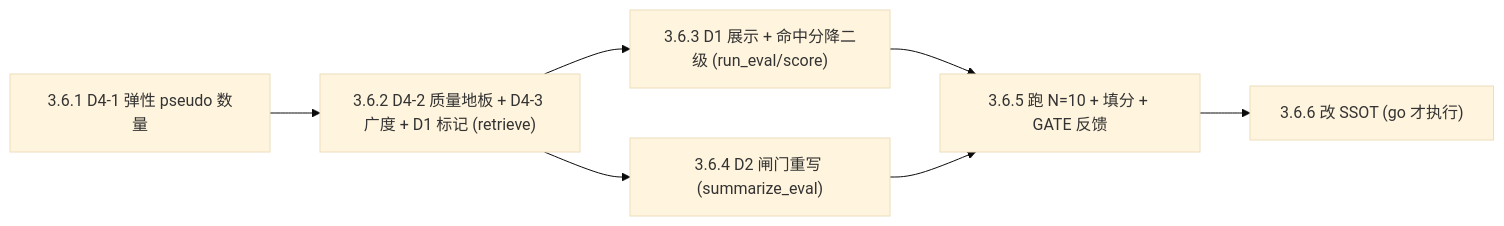
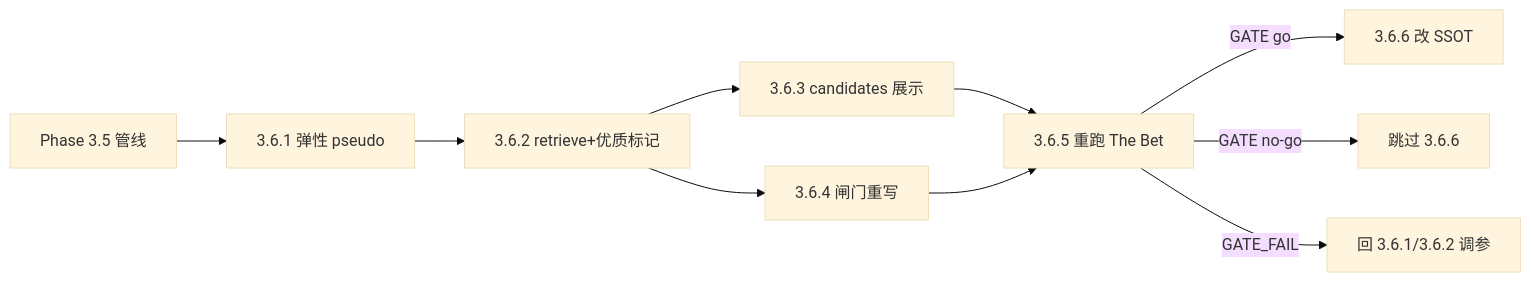
One commit to XYBuilds/themoviecosmos-daily-stargazing changed the diagram in .cursor/plans/Phase3.6-resonance-quality-gate.plan.md. Above: the diagram before and after it, drawn with Mermaid (base theme). The commit also changed other lines of this file, not shown here.

First line of the commit message:
docs(plans): update Phase 3.6 resonance quality gate plan with detailed todos and evaluation process

````diff
--- a/.cursor/plans/Phase3.6-resonance-quality-gate.plan.md
+++ b/.cursor/plans/Phase3.6-resonance-quality-gate.plan.md
@@ -45,15 +43,20 @@
 ```mermaid
 flowchart LR
-  T1["3.6.1 D4-1 弹性 pseudo 数量"]
-  T2["3.6.2 D4-2 质量地板 + D4-3 广度 + D1 标记 (retrieve)"]
-  T3["3.6.3 D1 展示 + 命中分降二级 (run_eval/score)"]
-  T4["3.6.4 D2 闸门重写 (summarize_eval)"]
-  T5["3.6.5 跑 N=10 + 填分 + GATE 反馈"]
-  T6["3.6.6 改 SSOT (go 才执行)"]
+  P35["Phase 3.5 管线"]
+  T1["3.6.1 弹性 pseudo"]
+  T2["3.6.2 retrieve+优质标记"]
+  T3["3.6.3 candidates 展示"]
+  T4["3.6.4 闸门重写"]
+  T5["3.6.5 重跑 The Bet"]
+  T6["3.6.6 改 SSOT"]
+
+  P35 --> T1
   T1 --> T2
   T2 --> T3
   T2 --> T4
   T3 --> T5
   T4 --> T5
-  T5 --> T6
+  T5 -->|GATE go| T6
+  T5 -->|GATE no-go| Skip["跳过 3.6.6"]
+  T5 -->|GATE_FAIL| Back["回 3.6.1/3.6.2 调参"]
 ```
````
